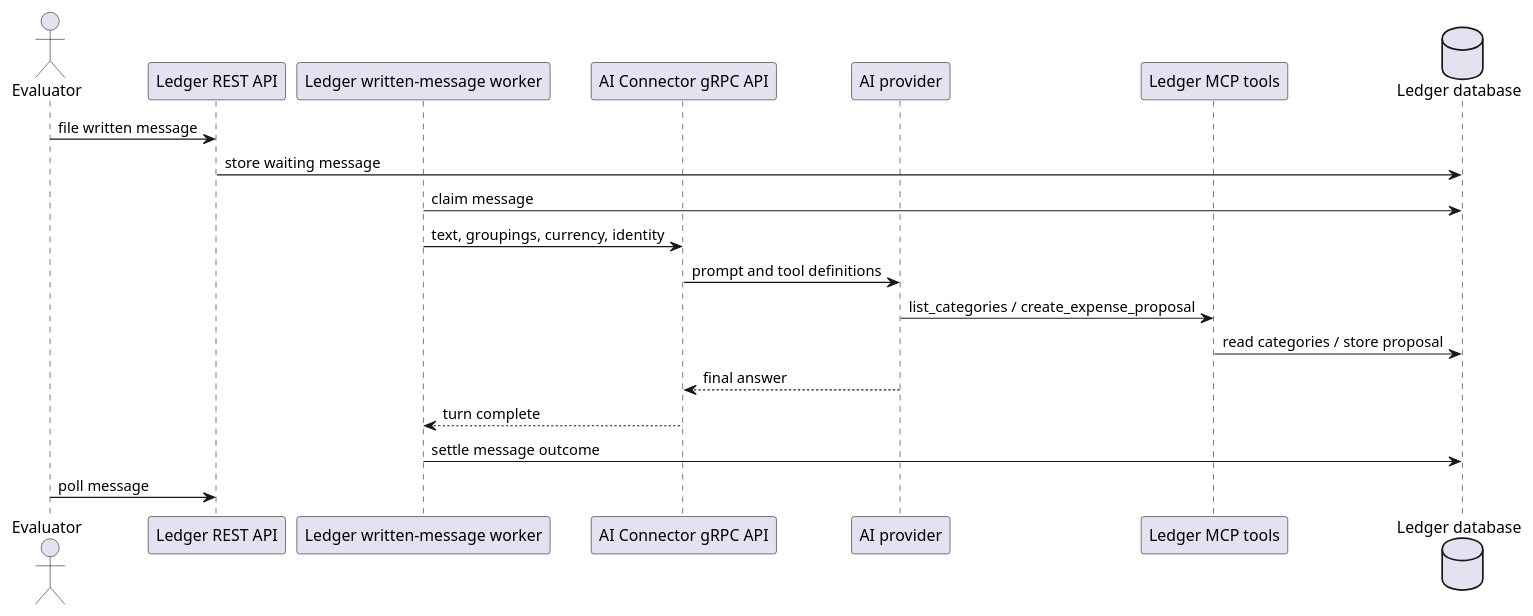
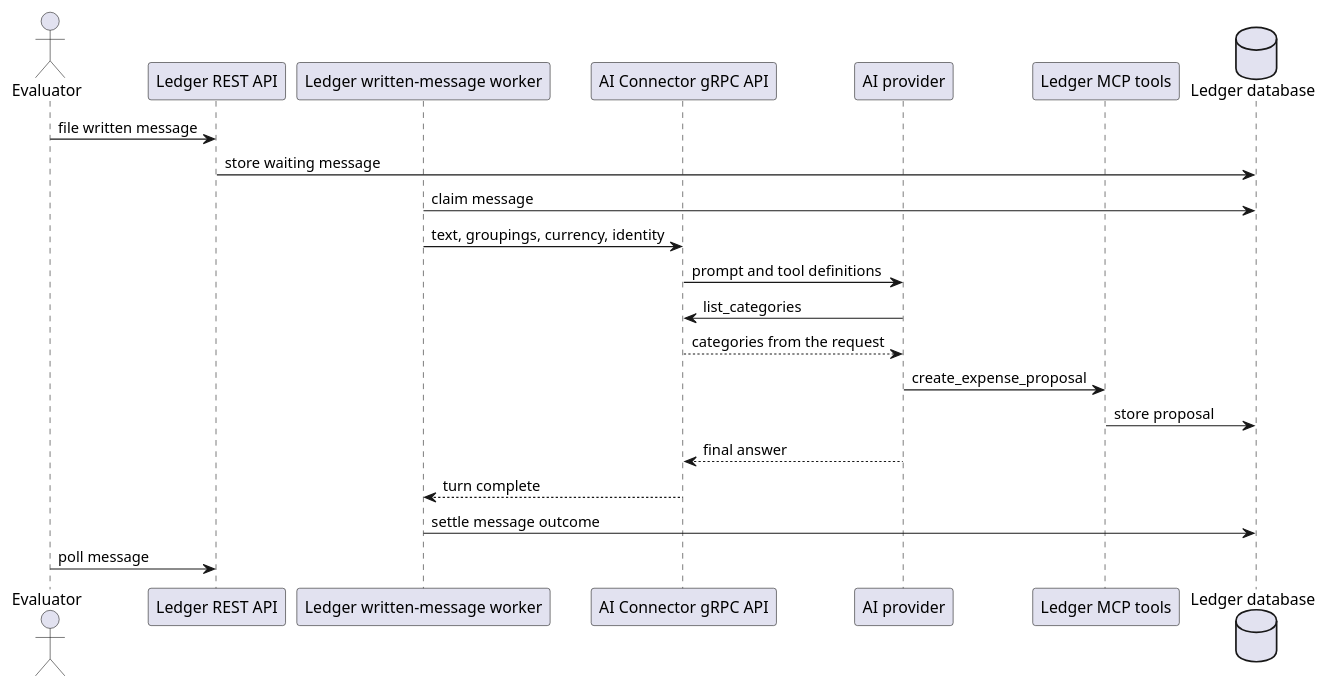
The diagram in docs/eval/application-boundary.md (ds-usova/finance-bot), drawn with PlantUML before and after one commit. The commit also changed 1 other file, not shown here.

Commit message:
Documentation: the connector answers a category lookup itself

````diff
--- a/docs/eval/application-boundary.md
+++ b/docs/eval/application-boundary.md
@@ -13,23 +13,25 @@
 ```plantuml
 @startuml AI-Evaluation-Path
 actor Evaluator
 participant "Ledger REST API" as REST
 participant "Ledger written-message worker" as Worker
 participant "AI Connector gRPC API" as Connector
 participant "AI provider" as Provider
 participant "Ledger MCP tools" as MCP
 database "Ledger database" as DB
 
 Evaluator -> REST : file written message
 REST -> DB : store waiting message
 Worker -> DB : claim message
 Worker -> Connector : text, groupings, currency, identity
 Connector -> Provider : prompt and tool definitions
-Provider -> MCP : list_categories / create_expense_proposal
-MCP -> DB : read categories / store proposal
+Provider -> Connector : list_categories
+Connector --> Provider : categories from the request
+Provider -> MCP : create_expense_proposal
+MCP -> DB : store proposal
 Provider --> Connector : final answer
 Connector --> Worker : turn complete
 Worker -> DB : settle message outcome
 Evaluator -> REST : poll message
 @enduml
 ```
````
